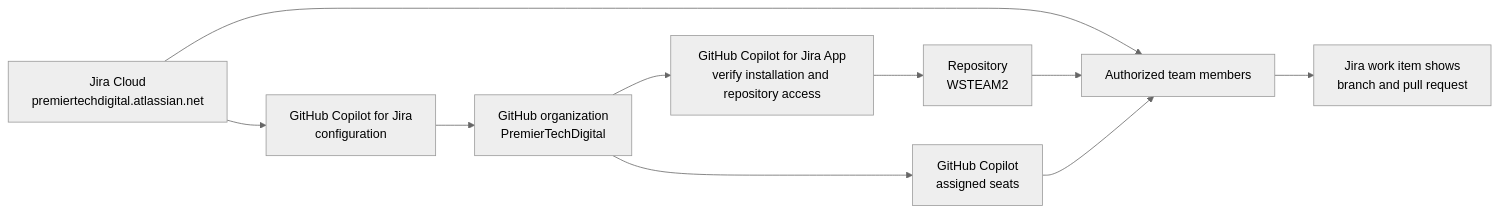
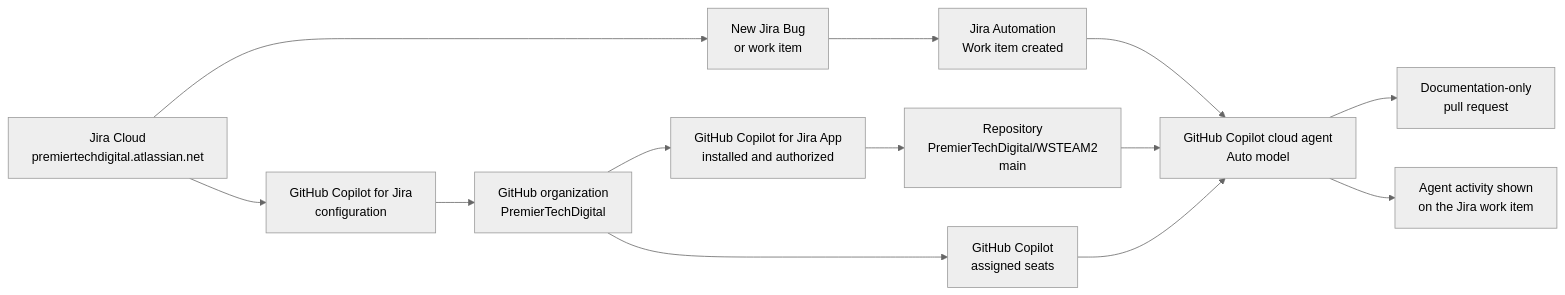
The first of 2 diagrams in README.md (PremierTechDigital/WSTEAM2), drawn with Mermaid (neutral theme) before and after one commit.

Commit message:
docs: update Copilot Jira automation flow

````diff
--- a/README.md
+++ b/README.md
@@ -20,21 +20,25 @@
 ```mermaid
 flowchart LR
 	Jira[Jira Cloud<br/>premiertechdigital.atlassian.net]
-	Copilot[GitHub Copilot for Jira<br/>configuration]
+	Config[GitHub Copilot for Jira<br/>configuration]
 	Org[GitHub organization<br/>PremierTechDigital]
-	App[GitHub Copilot for Jira App<br/>verify installation and repository access]
-	Repo[Repository<br/>WSTEAM2]
+	App[GitHub Copilot for Jira App<br/>installed and authorized]
+	Repo[Repository<br/>PremierTechDigital/WSTEAM2<br/>main]
 	Seats[GitHub Copilot<br/>assigned seats]
-	Team[Authorized team members]
-	Validation[Jira work item shows<br/>branch and pull request]
+	Created[New Jira Bug<br/>or work item]
+	Rule[Jira Automation<br/>Work item created]
+	Agent[GitHub Copilot cloud agent<br/>Auto model]
+	PullRequest[Documentation-only<br/>pull request]
+	Activity[Agent activity shown<br/>on the Jira work item]
 
-	Jira --> Copilot
-	Copilot --> Org
+	Jira --> Config
+	Config --> Org
 	Org --> App
 	App --> Repo
 	Org --> Seats
-	Jira --> Team
-	Repo --> Team
-	Seats --> Team
-	Team --> Validation
+	Jira --> Created --> Rule --> Agent
+	Repo --> Agent
+	Seats --> Agent
+	Agent --> PullRequest
+	Agent --> Activity
 ```
````
